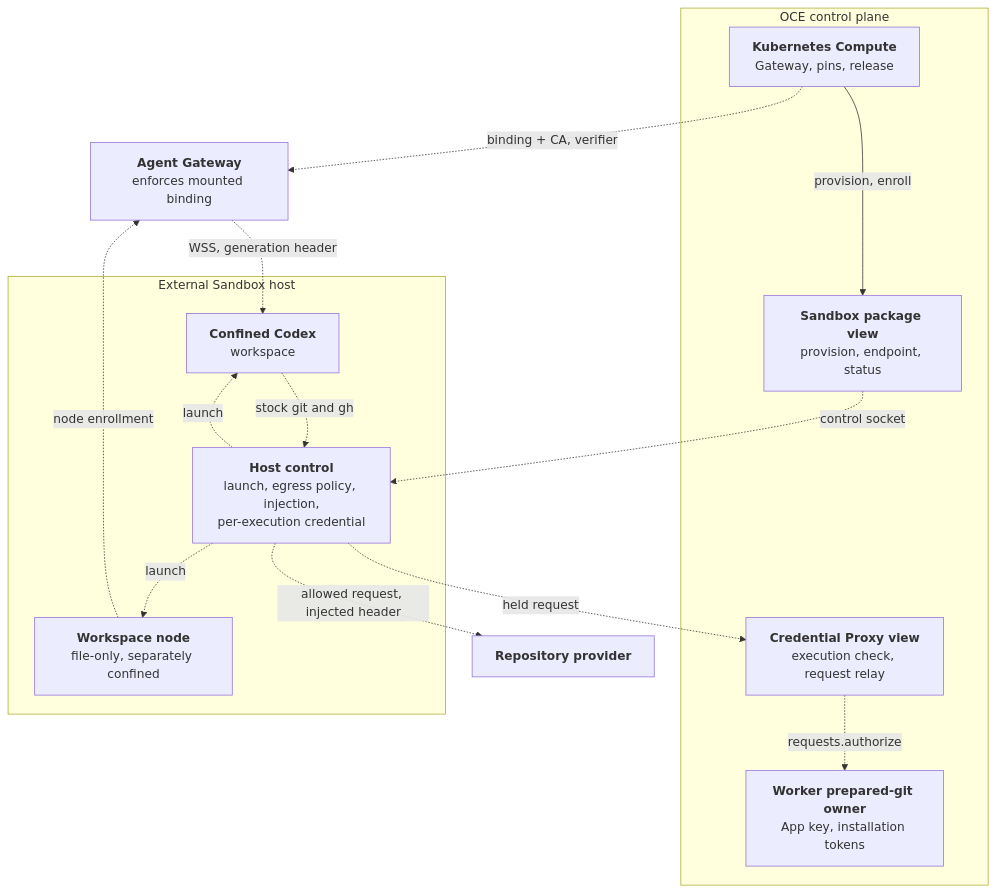
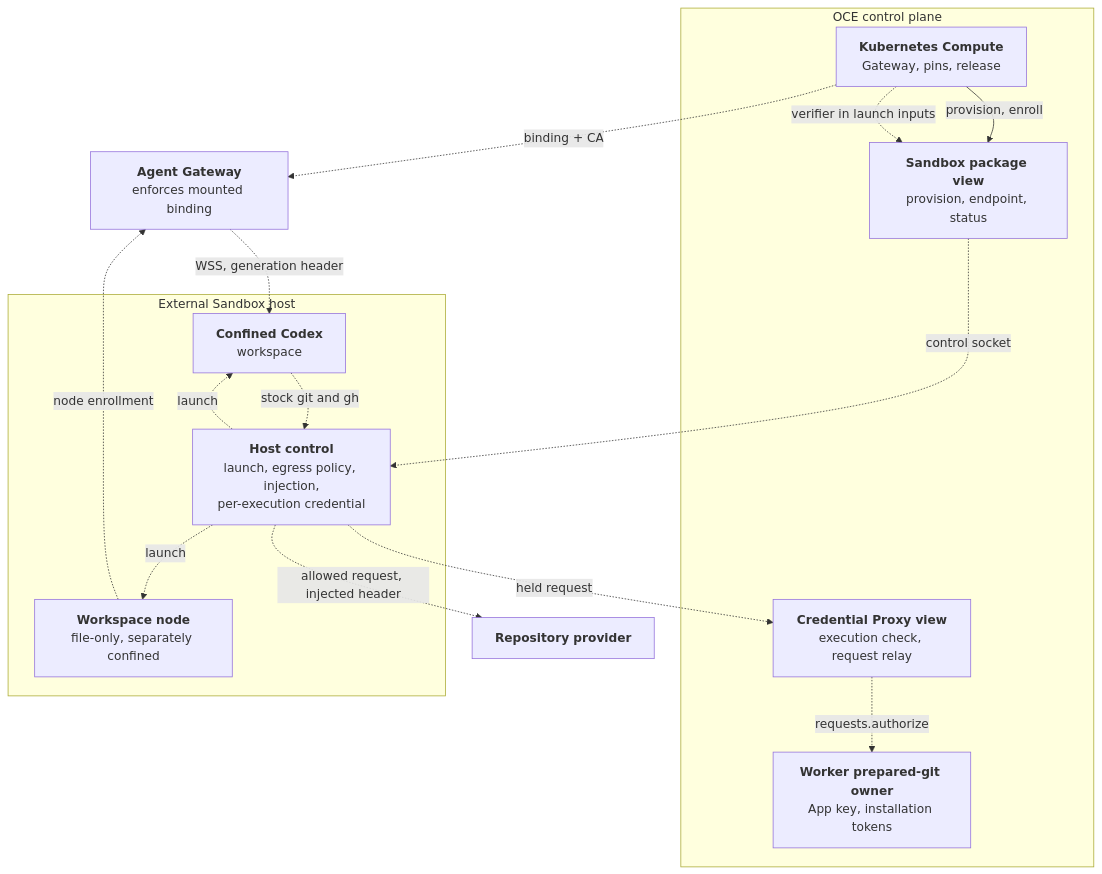
Before and after one commit to openclaw/openclaw-enterprise: the first of 2 diagrams in specs/rfcs/0040-external-sandbox-driver.md, drawn with Mermaid. The commit also changed other lines of this file, not shown here.

````diff
--- a/specs/rfcs/0040-external-sandbox-driver.md
+++ b/specs/rfcs/0040-external-sandbox-driver.md
@@ -159,27 +159,28 @@
 ```mermaid
 flowchart TB
   subgraph CP["OCE control plane"]
     C["<b>Kubernetes Compute</b><br/>Gateway, pins, release"]
     T["<b>Worker prepared-git owner</b><br/>App key, installation tokens"]
     S["<b>Sandbox package view</b><br/>provision, endpoint, status"]
     P["<b>Credential Proxy view</b><br/>execution check, request relay"]
   end
   G["<b>Agent Gateway</b><br/>enforces mounted binding"]
   subgraph H["External Sandbox host"]
     K["<b>Host control</b><br/>launch, egress policy, injection,<br/>per-execution credential"]
     W["<b>Confined Codex</b><br/>workspace"]
     N["<b>Workspace node</b><br/>file-only, separately confined"]
   end
   R["<b>Repository provider</b>"]
-  C -.->|binding + CA, verifier| G
+  C -.->|binding + CA| G
   C -->|provision, enroll| S
+  C -.->|verifier in launch inputs| S
   S -.->|control socket| K
   K -.->|launch| W
   K -.->|launch| N
   G -.->|WSS, generation header| W
   N -.->|node enrollment| G
   W -.->|stock git and gh| K
   K -.->|held request| P
   P -.->|requests.authorize| T
   K -.->|allowed request, injected header| R
 ```
````
